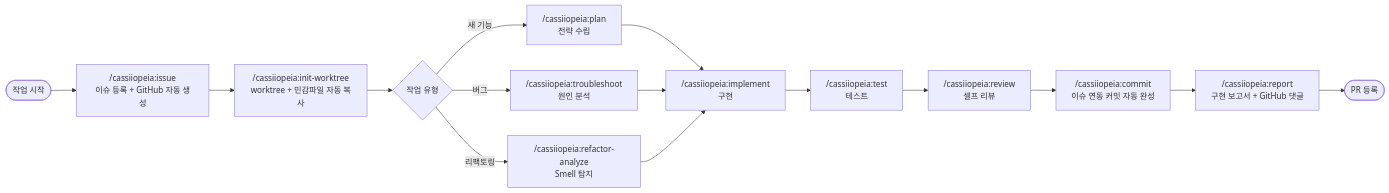
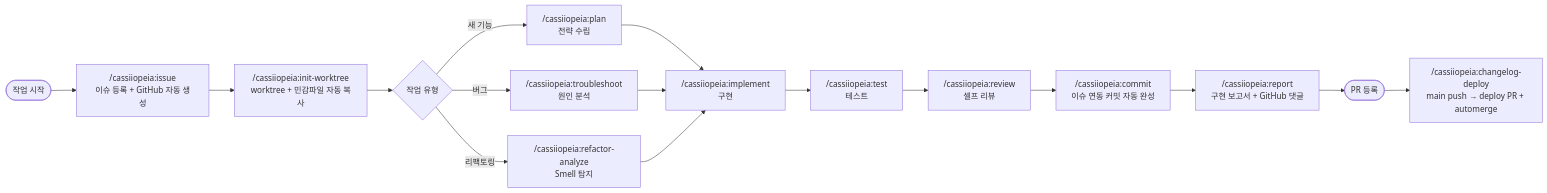
One commit to Cassiiopeia/SUH-DEVOPS-TEMPLATE changed the first of 2 diagrams in README.md. Above: the diagram before and after it, drawn with Mermaid. The commit also changed other lines of this file and 3 other files, not shown here.

Commit message:
📄[문서][README] README, SKILLS.md Skills 목록 24종으로 전면 개편 : docs : Skills 개수 24종 업데이트, changelog-deploy/github/skill-creator 누락 섹션 추가 https://github.com/Cassiiopeia/SUH-DEVOPS-TEMPLATE/issues/252

````diff
--- a/README.md
+++ b/README.md
@@ -41,17 +41,18 @@
 ```mermaid
 flowchart LR
     A([작업 시작]) --> B["/cassiiopeia:issue\n이슈 등록 + GitHub 자동 생성"]
     B --> C["/cassiiopeia:init-worktree\nworktree + 민감파일 자동 복사"]
     C --> D{작업 유형}
 
     D -->|새 기능| E1["/cassiiopeia:plan\n전략 수립"]
     D -->|버그| E2["/cassiiopeia:troubleshoot\n원인 분석"]
     D -->|리팩토링| E3["/cassiiopeia:refactor-analyze\nSmell 탐지"]
 
     E1 & E2 & E3 --> F["/cassiiopeia:implement\n구현"]
     F --> G["/cassiiopeia:test\n테스트"]
     G --> H["/cassiiopeia:review\n셀프 리뷰"]
     H --> I["/cassiiopeia:commit\n이슈 연동 커밋 자동 완성"]
     I --> J["/cassiiopeia:report\n구현 보고서 + GitHub 댓글"]
     J --> K([PR 등록])
+    K --> L["/cassiiopeia:changelog-deploy\nmain push → deploy PR + automerge"]
 ```
````
